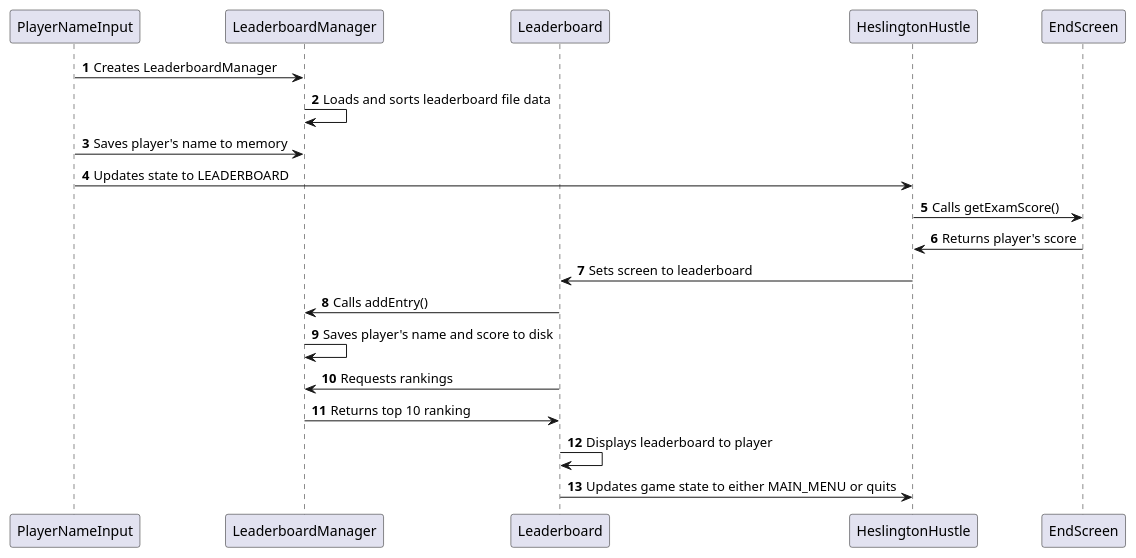
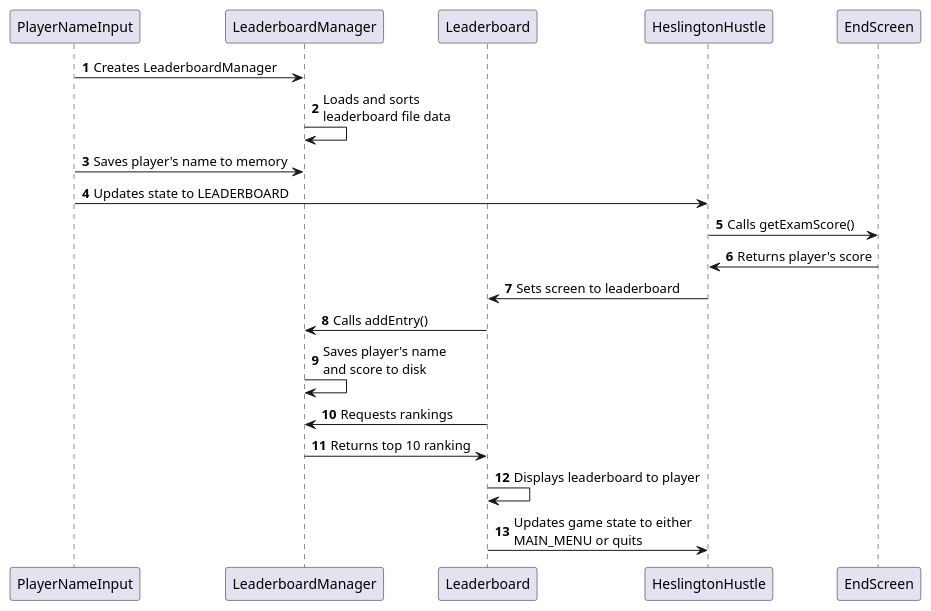
One commit to uoy-eng1-g6/assessment1 changed the diagram in uml/LeaderboardSequence.puml. Above: the diagram before and after it, drawn with PlantUML. The commit also changed 2 other files, not shown here.

Commit message:
Added newline characters to UML code to compact the text and reduce diagram widths

```diff
--- a/uml/LeaderboardSequence.puml
+++ b/uml/LeaderboardSequence.puml
@@ -1,23 +1,23 @@
 @startuml
 'https://plantuml.com/sequence-diagram
 
 autonumber
 participant PlayerNameInput
 participant LeaderboardManager
 participant Leaderboard
 participant HeslingtonHustle
 participant EndScreen
 PlayerNameInput -> LeaderboardManager: Creates LeaderboardManager
-LeaderboardManager -> LeaderboardManager: Loads and sorts leaderboard file data
+LeaderboardManager -> LeaderboardManager: Loads and sorts\nleaderboard file data
 PlayerNameInput -> LeaderboardManager: Saves player's name to memory
 PlayerNameInput -> HeslingtonHustle: Updates state to LEADERBOARD
 EndScreen <- HeslingtonHustle: Calls getExamScore()
 EndScreen -> HeslingtonHustle: Returns player's score
 HeslingtonHustle -> Leaderboard: Sets screen to leaderboard
 Leaderboard -> LeaderboardManager: Calls addEntry()
-LeaderboardManager -> LeaderboardManager: Saves player's name and score to disk
+LeaderboardManager -> LeaderboardManager: Saves player's name\nand score to disk
 Leaderboard -> LeaderboardManager: Requests rankings
 LeaderboardManager -> Leaderboard: Returns top 10 ranking
 Leaderboard -> Leaderboard: Displays leaderboard to player
-Leaderboard -> HeslingtonHustle: Updates game state to either MAIN_MENU or quits
+Leaderboard -> HeslingtonHustle: Updates game state to either\nMAIN_MENU or quits
 @enduml
```
